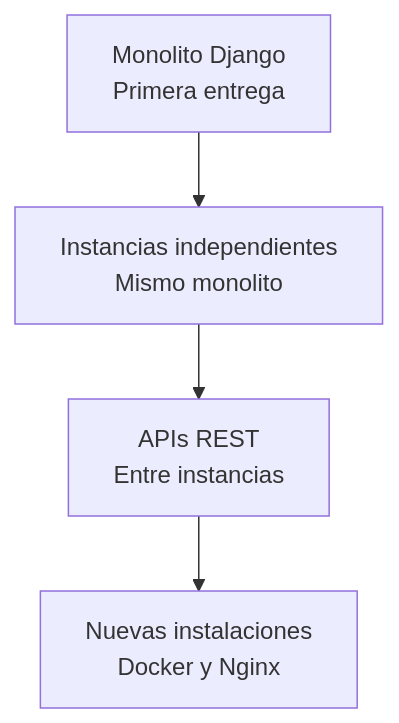
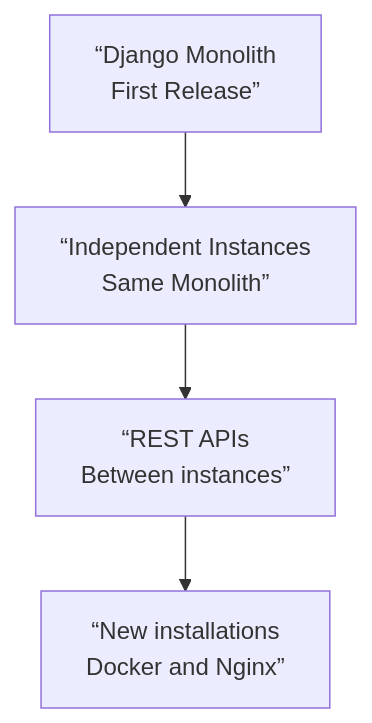
Before and after one commit to jotaprogramming/Portfolio: the diagram in case-study-logix.md, drawn with Mermaid. The commit also changed other lines of this file, not shown here.

````diff
--- a/case-study-logix.md
+++ b/case-study-logix.md
@@ -188,6 +186,6 @@
 ```mermaid
 flowchart TB
-    A["Monolito Django<br/>Primera entrega"] --> B["Instancias independientes<br/>Mismo monolito"]
-    B --> C["APIs REST<br/>Entre instancias"]
-    C --> D["Nuevas instalaciones<br/>Docker y Nginx"]
+    A[“Django Monolith<br/>First Release”] --> B[“Independent Instances<br/>Same Monolith”]
+    B --> C[“REST APIs<br/>Between instances”]
+    C --> D[“New installations<br/>Docker and Nginx”]
 ```
````
